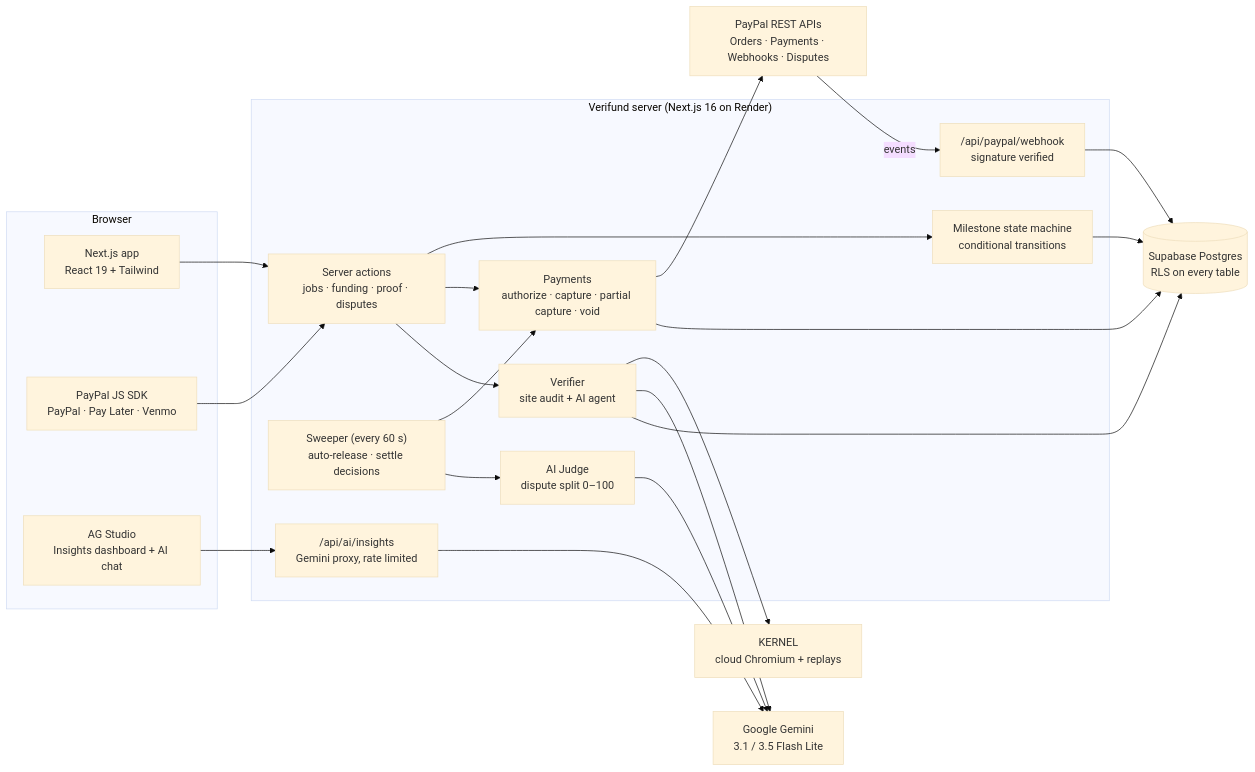
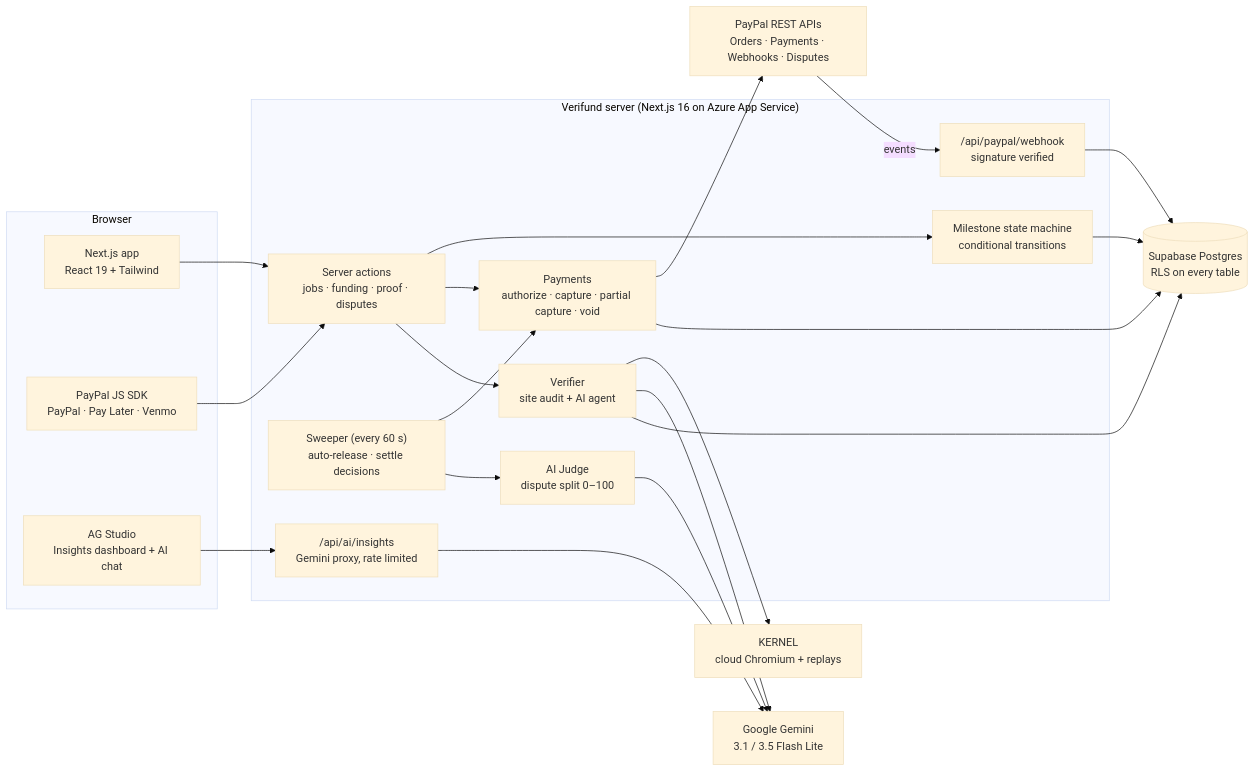
The third of 4 diagrams in README.md (shantanushinde99/PayPal), drawn with Mermaid (base theme) before and after one commit. The commit also changed other lines of this file and 1 other file, not shown here.

Commit message:
docs(readme): live app links point to the Azure deployment

````diff
--- a/README.md
+++ b/README.md
@@ -135,40 +135,40 @@
 ```mermaid
 flowchart LR
     subgraph Browser
         UI["Next.js app<br/>React 19 + Tailwind"]
         SDK["PayPal JS SDK<br/>PayPal · Pay Later · Venmo"]
         STUDIO["AG Studio<br/>Insights dashboard + AI chat"]
     end
 
-    subgraph Server["Verifund server (Next.js 16 on Render)"]
+    subgraph Server["Verifund server (Next.js 16 on Azure App Service)"]
         ACT["Server actions<br/>jobs · funding · proof · disputes"]
         SM["Milestone state machine<br/>conditional transitions"]
         PAY["Payments<br/>authorize · capture · partial capture · void"]
         VER["Verifier<br/>site audit + AI agent"]
         JUDGE["AI Judge<br/>dispute split 0–100"]
         SWEEP["Sweeper (every 60 s)<br/>auto-release · settle decisions"]
         HOOK["/api/paypal/webhook<br/>signature verified"]
         AIR["/api/ai/insights<br/>Gemini proxy, rate limited"]
     end
 
     DB[("Supabase Postgres<br/>RLS on every table")]
     PP["PayPal REST APIs<br/>Orders · Payments · Webhooks · Disputes"]
     GEM["Google Gemini<br/>3.1 / 3.5 Flash Lite"]
     KER["KERNEL<br/>cloud Chromium + replays"]
 
     UI --> ACT
     SDK --> ACT
     STUDIO --> AIR
     ACT --> SM --> DB
     ACT --> PAY --> PP
     ACT --> VER
     VER --> KER
     VER --> GEM
     JUDGE --> GEM
     AIR --> GEM
     SWEEP --> PAY
     SWEEP --> JUDGE
     PP -- events --> HOOK --> DB
     PAY --> DB
     VER --> DB
 ```
````
